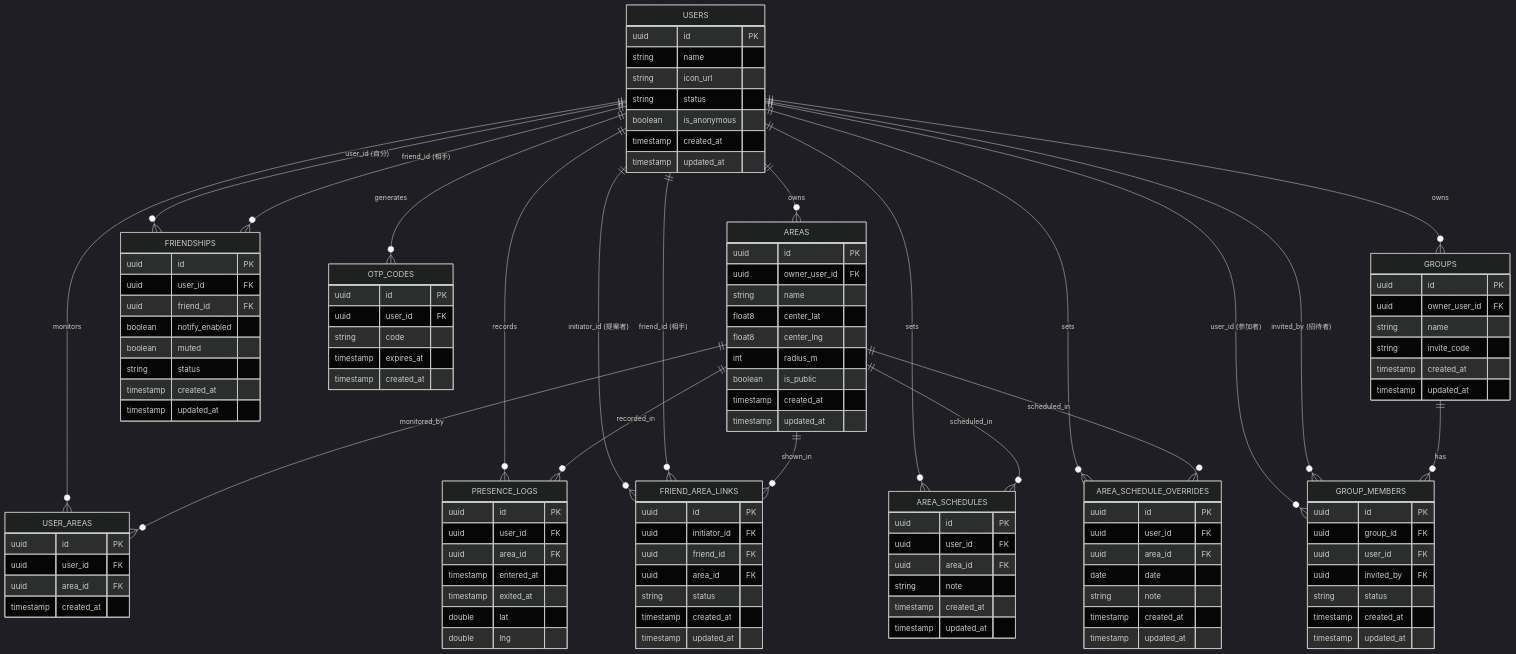
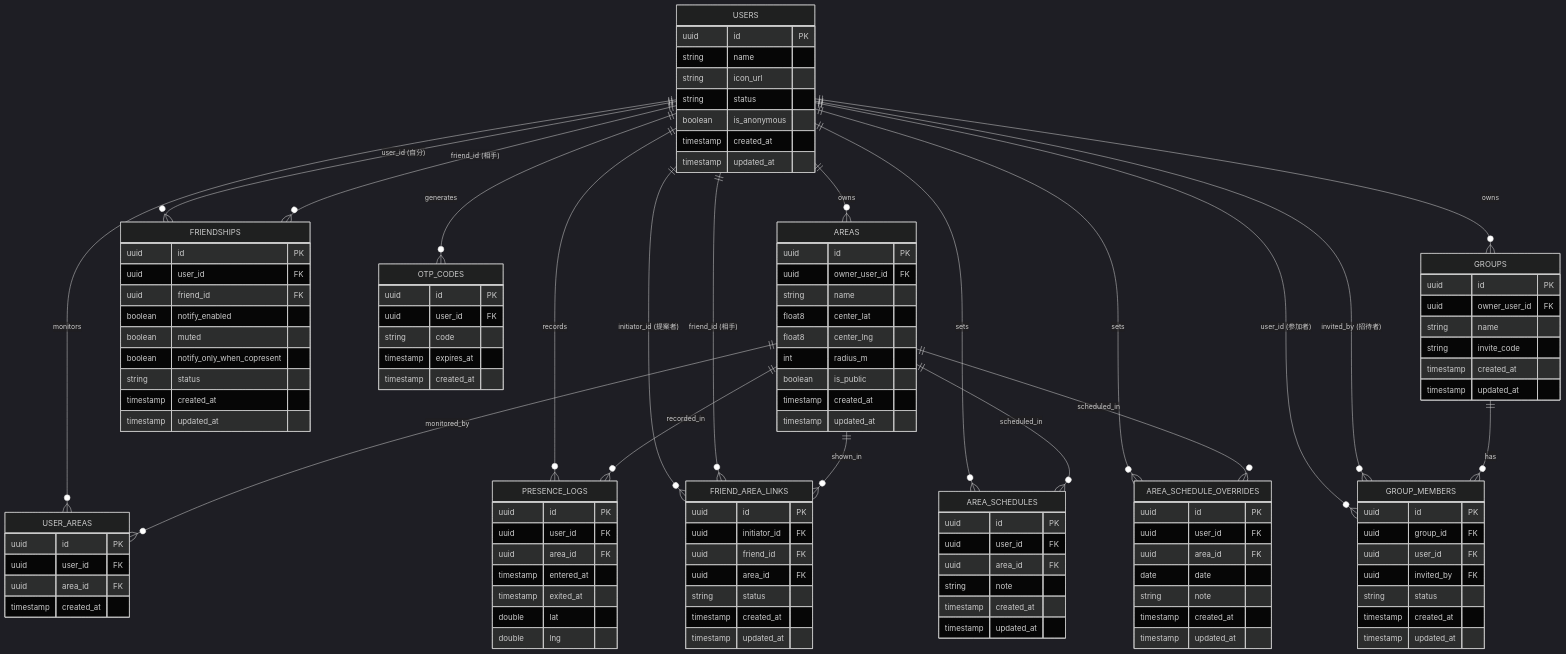
One commit to ochi06/oruca changed the diagram in docs/schema.md. Above: the diagram before and after it, drawn with Mermaid (dark theme). The commit also changed other lines of this file, not shown here.

First line of the commit message:
docs: US-016共在時のみ通知のDB設計をFRIENDSHIPS.notify_only_when_copresentに確定

```diff
--- a/docs/schema.md
+++ b/docs/schema.md
@@ -58,6 +58,7 @@
     uuid friend_id FK
     boolean notify_enabled
     boolean muted
+    boolean notify_only_when_copresent
     string status
     timestamp created_at
     timestamp updated_at
```
